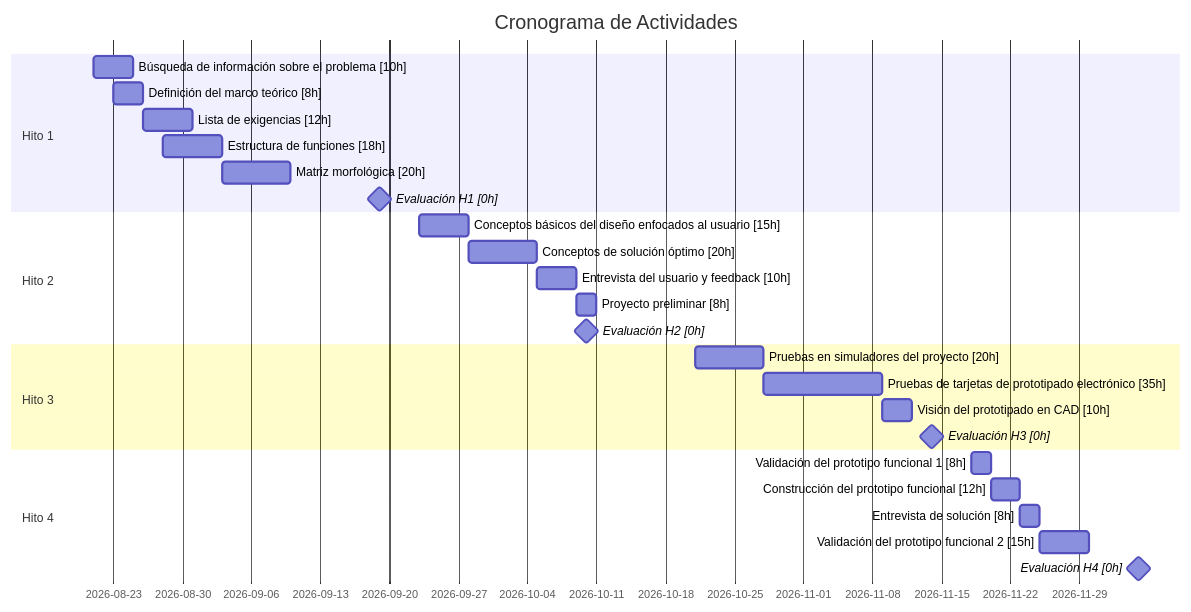
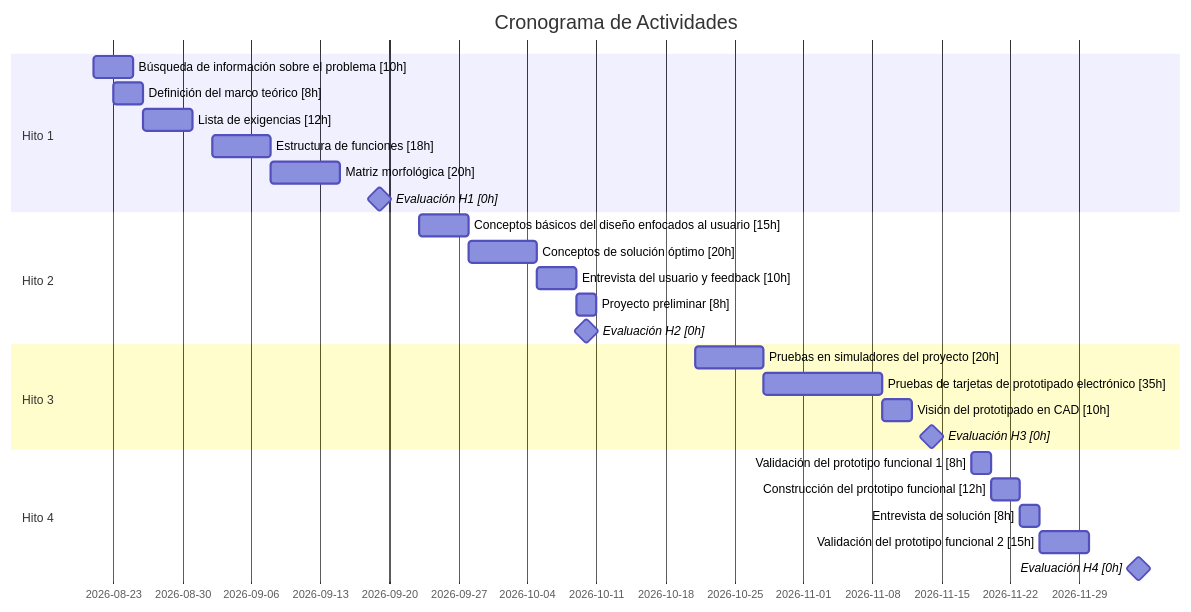
One commit to adriiit/PBDI_G1 changed the diagram in Hito 1/gantt_.md. Above: the diagram before and after it, drawn with Mermaid.

````diff
--- a/Hito 1/gantt_.md
+++ b/Hito 1/gantt_.md
@@ -2,33 +2,33 @@
 ```mermaid
 gantt
     dateFormat  YYYY-MM-DD
     title Cronograma de Actividades
 
     section Hito 1
     Búsqueda de información sobre el problema [10h]      :a1, 2026-08-21, 4d
     Definición del marco teórico [8h]                    :a2, 2026-08-23, 3d
     Lista de exigencias [12h]                            :a3, 2026-08-26, 5d
-    Estructura de funciones [18h]                        :a4, 2026-08-28, 6d
+    Estructura de funciones [18h]                        :a4, 2026-09-2, 6d
     Matriz morfológica [20h]                             :a5, after a4, 7d
     Evaluación H1 [0h]                                   :milestone, h1, 2026-09-19, 0d
 
     section Hito 2
     Conceptos básicos del diseño enfocados al usuario [15h] :b1, 2026-09-23, 5d
     Conceptos de solución óptimo [20h]                   :b2, after b1, 7d
     Entrevista del usuario y feedback [10h]              :b3, after b2, 4d
     Proyecto preliminar [8h]                             :b4, after b3, 2d
     Evaluación H2 [0h]                                   :milestone, h2, 2026-10-10, 0d
 
     section Hito 3
     Pruebas en simuladores del proyecto [20h]            :c1, 2026-10-21, 7d
     Pruebas de tarjetas de prototipado electrónico [35h] :c2, after c1, 12d
     Visión del prototipado en CAD [10h]                  :c3, after c2, 3d
     Evaluación H3 [0h]                                   :milestone, h3, 2026-11-14, 0d
 
     section Hito 4
     Validación del prototipo funcional 1 [8h]            :d1, 2026-11-18, 2d
     Construcción del prototipo funcional [12h]           :d2, after d1, 3d
     Entrevista de solución [8h]                          :d3, after d2, 2d
     Validación del prototipo funcional 2 [15h]           :d4, after d3, 5d
     Evaluación H4 [0h]                                   :milestone, h4, 2026-12-05, 0d
 ```
````
